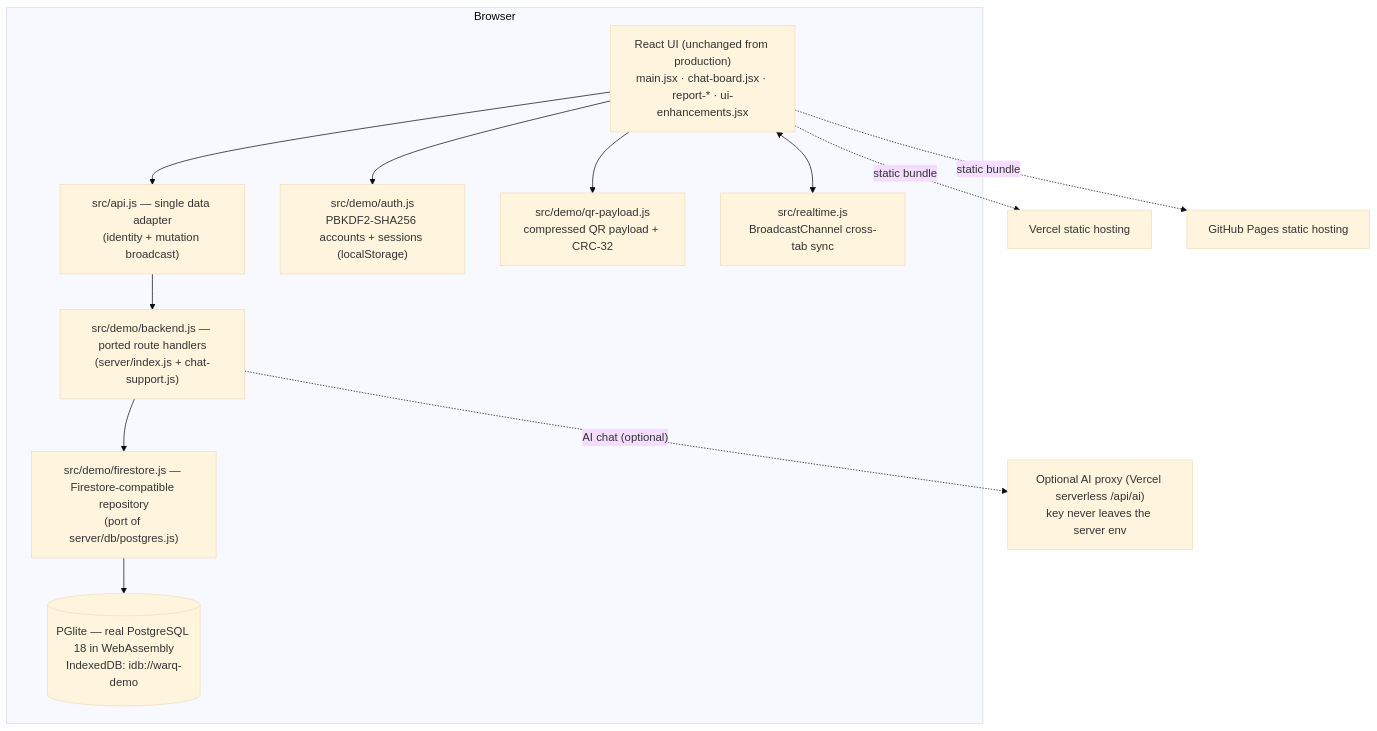
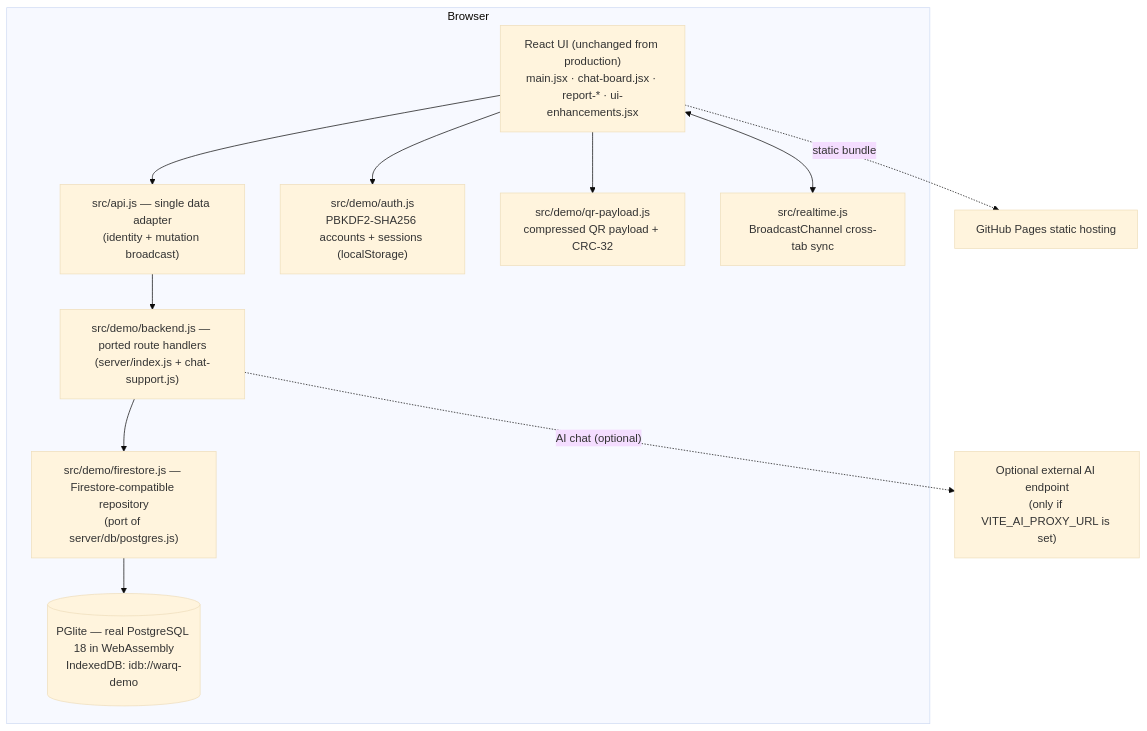
One commit to null0xlab/warq-demo changed the diagram in README.md. Above: the diagram before and after it, drawn with Mermaid (base theme). The commit also changed other lines of this file and 6 other files, not shown here.

````diff
--- a/README.md
+++ b/README.md
@@ -34,24 +33,22 @@
 ```mermaid
 flowchart TD
   subgraph Browser
     UI["React UI (unchanged from production)\nmain.jsx · chat-board.jsx · report-* · ui-enhancements.jsx"]
     ADAPTER["src/api.js — single data adapter\n(identity + mutation broadcast)"]
     BACKEND["src/demo/backend.js — ported route handlers\n(server/index.js + chat-support.js)"]
     REPO["src/demo/firestore.js — Firestore-compatible repository\n(port of server/db/postgres.js)"]
     DB[("PGlite — real PostgreSQL 18 in WebAssembly\nIndexedDB: idb://warq-demo")]
     AUTH["src/demo/auth.js\nPBKDF2-SHA256 accounts + sessions (localStorage)"]
     QR["src/demo/qr-payload.js\ncompressed QR payload + CRC-32"]
     SYNC["src/realtime.js\nBroadcastChannel cross-tab sync"]
   end
-  PROXY["Optional AI proxy (Vercel serverless /api/ai)\nkey never leaves the server env"]
-  VERCEL["Vercel static hosting"]
+  PROXY["Optional external AI endpoint\n(only if VITE_AI_PROXY_URL is set)"]
   PAGES["GitHub Pages static hosting"]
 
   UI --> ADAPTER --> BACKEND --> REPO --> DB
   UI --> AUTH
   UI --> QR
   UI <--> SYNC
   BACKEND -. "AI chat (optional)" .-> PROXY
-  UI -. static bundle .-> VERCEL
   UI -. static bundle .-> PAGES
 ```
````
